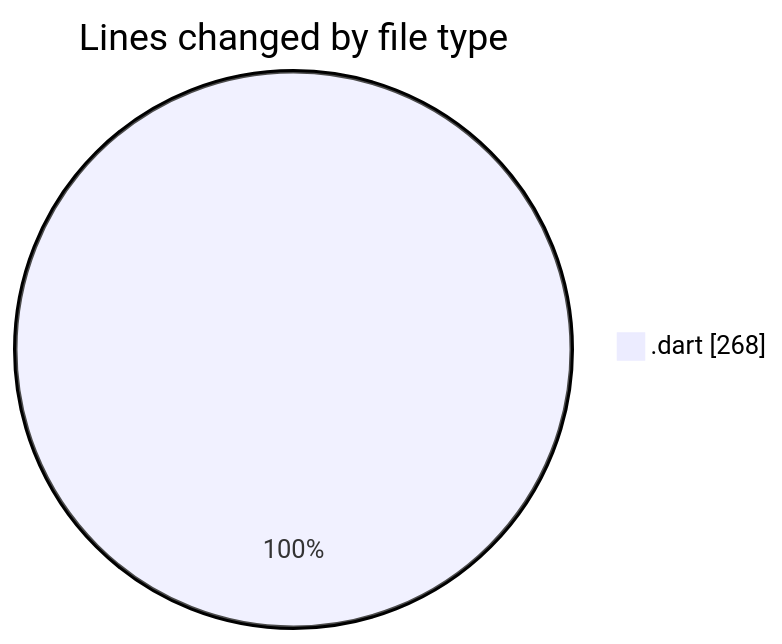
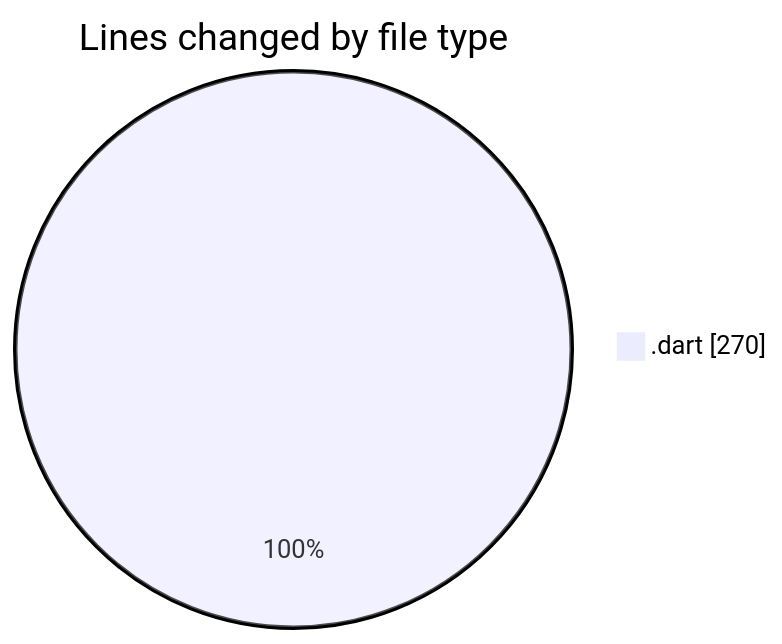
One commit to donsfak/code-tracking changed the first of 2 diagrams in 2025-02-18/uber_clone/README.md. Above: the diagram before and after it, drawn with Mermaid. The commit also changed other lines of this file and 1 other file, not shown here.

````diff
--- a/2025-02-18/uber_clone/README.md
+++ b/2025-02-18/uber_clone/README.md
@@ -21,5 +21,5 @@
 ```mermaid
 pie showData
 title Lines changed by file type
-".dart" : 268
+".dart" : 270
 ```
````
